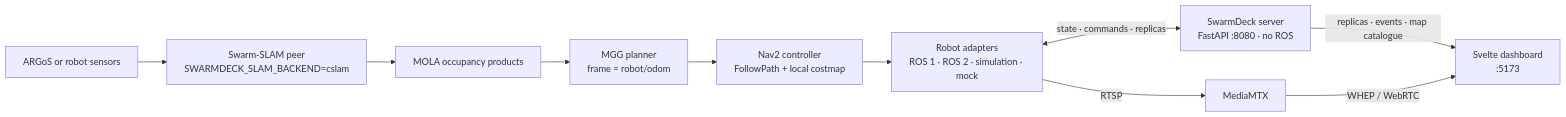
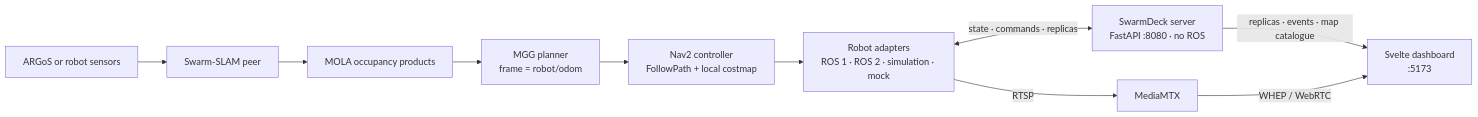
One commit to SimonR99/swarmdeck changed the diagram in README.md. Above: the diagram before and after it, drawn with Mermaid. The commit also changed 8 other files, not shown here.

First line of the commit message:
Remove the SWARMDECK_SLAM_BACKEND switch

````diff
--- a/README.md
+++ b/README.md
@@ -81,12 +81,12 @@
 ```mermaid
 flowchart LR
-    Sensors["ARGoS or robot sensors"] --> Peer["Swarm-SLAM peer<br/>SWARMDECK_SLAM_BACKEND=cslam"]
+    Sensors["ARGoS or robot sensors"] --> Peer["Swarm-SLAM peer"]
     Peer --> MOLA["MOLA occupancy products"]
     MOLA --> MGG["MGG planner<br/>frame = robot/odom"]
     MGG --> Controller["Nav2 controller<br/>FollowPath + local costmap"]
     Controller --> Adapters["Robot adapters<br/>ROS 1 · ROS 2 · simulation · mock"]
     Adapters <-->|"state · commands · replicas"| Server["SwarmDeck server<br/>FastAPI :8080 · no ROS"]
     Server -->|"replicas · events · map catalogue"| UI["Svelte dashboard<br/>:5173"]
     Adapters -->|RTSP| Media["MediaMTX"]
     Media -->|WHEP / WebRTC| UI
 ```
````
